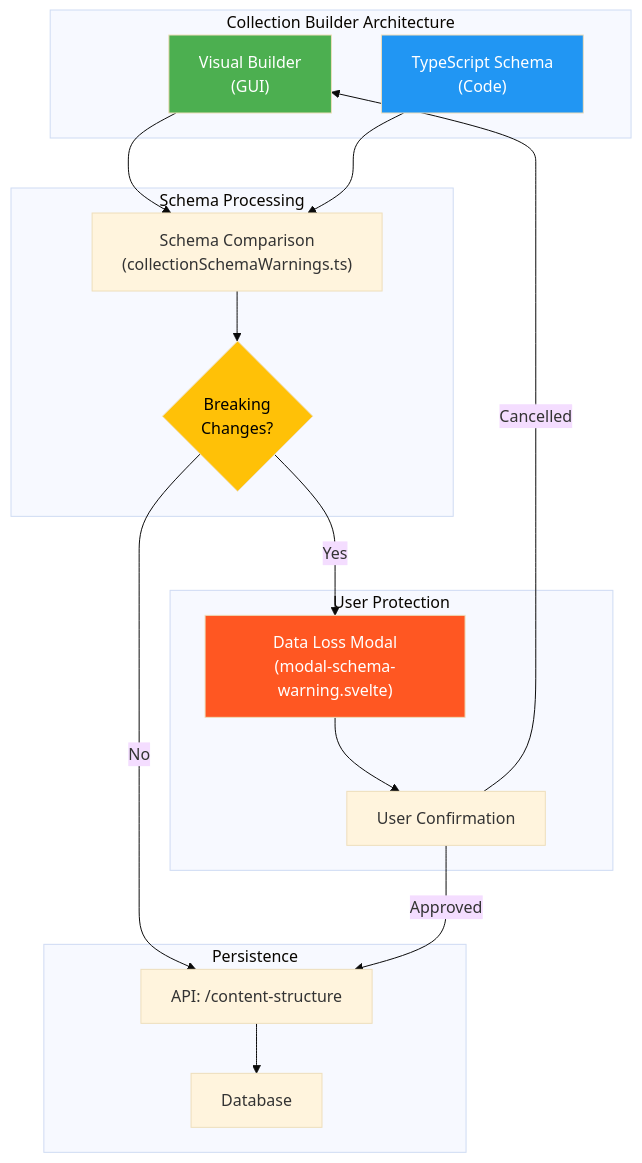
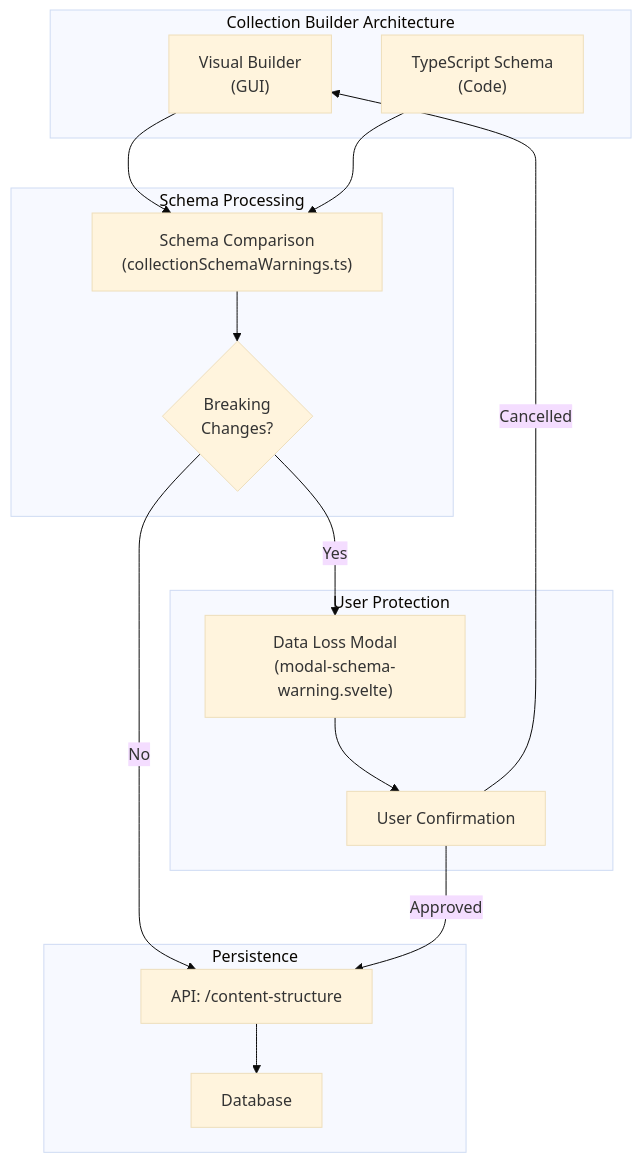
The diagram in docs/guides/development/collection-builder.mdx (SveltyCMS/SveltyCMS), drawn with Mermaid (base theme) before and after one commit. The commit also changed 148 other files, not shown here.

````diff
--- a/docs/guides/development/collection-builder.mdx
+++ b/docs/guides/development/collection-builder.mdx
@@ -28,37 +28,34 @@
 ```mermaid
 flowchart TB
     subgraph "Collection Builder Architecture"
         GUI["Visual Builder<br/>(GUI)"]
         CODE["TypeScript Schema<br/>(Code)"]
     end
 
     subgraph "Schema Processing"
         DIFF["Schema Comparison<br/>(collectionSchemaWarnings.ts)"]
         WARN{"Breaking<br/>Changes?"}
     end
 
     subgraph "User Protection"
         MODAL["Data Loss Modal<br/>(modal-schema-warning.svelte)"]
         CONFIRM["User Confirmation"]
     end
 
     subgraph "Persistence"
         API["API: /content-structure"]
         DB["Database"]
     end
 
     GUI --> DIFF
     CODE --> DIFF
     DIFF --> WARN
     WARN -->|Yes| MODAL
     WARN -->|No| API
     MODAL --> CONFIRM
     CONFIRM -->|Approved| API
     CONFIRM -->|Cancelled| GUI
     API --> DB
 
-    style GUI fill:#4CAF50,color:#fff
-    style CODE fill:#2196F3,color:#fff
-    style MODAL fill:#FF5722,color:#fff
-    style WARN fill:#FFC107,color:#000
+
 ```
````
